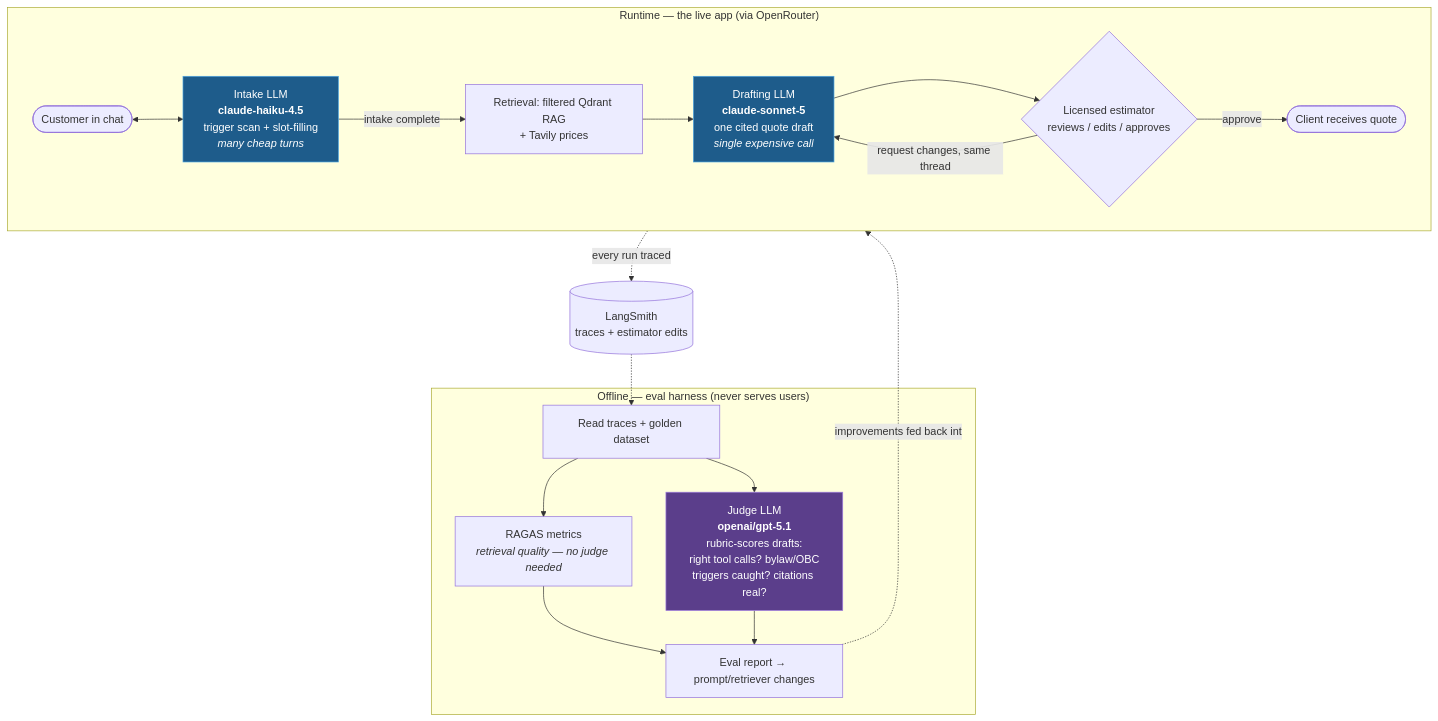
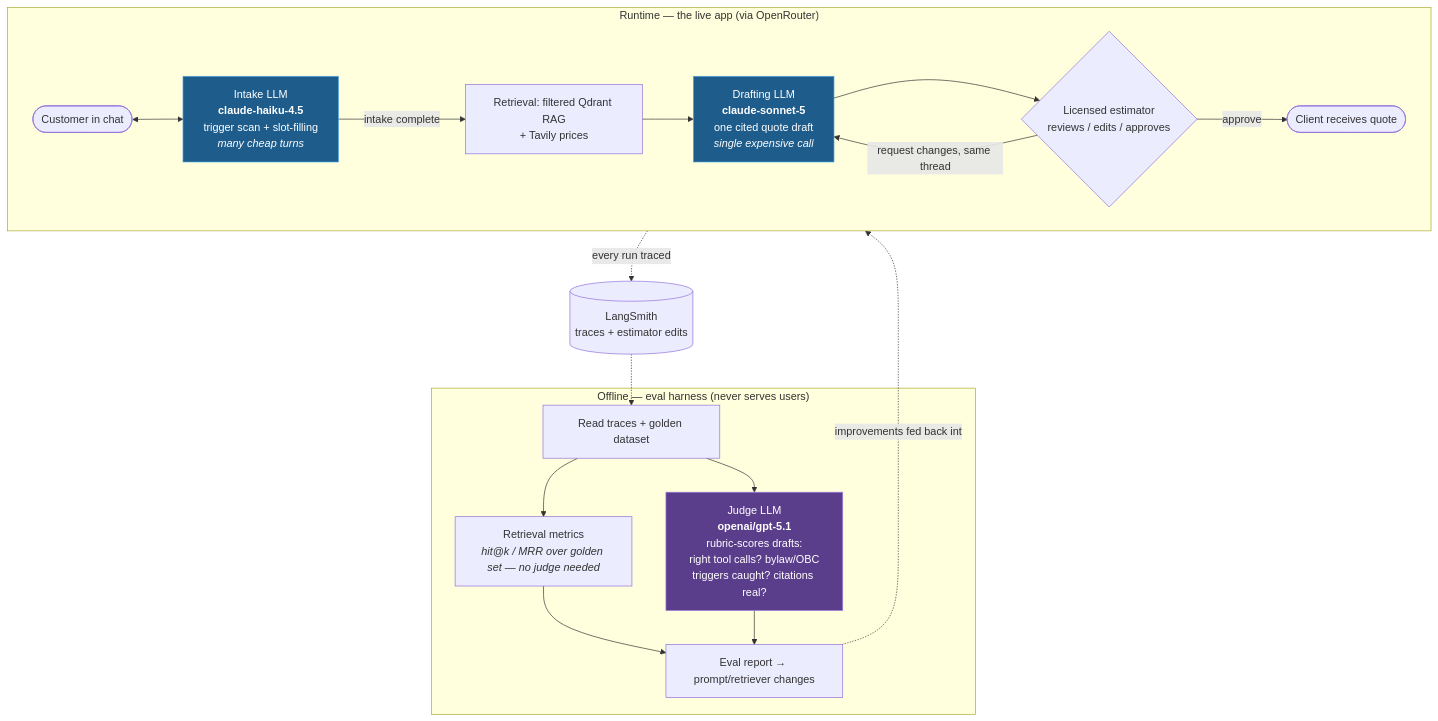
One commit to majeedmo/quotemason-backend changed the third of 4 diagrams in docs/submission.md. Above: the diagram before and after it, drawn with Mermaid. The commit also changed other lines of this file, not shown here.

Commit message:
Task 5 - replaced Ragas references - deferred till capstone

````diff
--- a/docs/submission.md
+++ b/docs/submission.md
@@ -131,28 +131,28 @@
 ```mermaid
 flowchart TD
     subgraph RUNTIME["Runtime — the live app (via OpenRouter)"]
         U([Customer in chat]) <--> INTAKE["Intake LLM<br/><b>claude-haiku-4.5</b><br/>trigger scan + slot-filling<br/><i>many cheap turns</i>"]
         INTAKE -->|intake complete| CTX[Retrieval: filtered Qdrant RAG<br/>+ Tavily prices]
         CTX --> DRAFTER["Drafting LLM<br/><b>claude-sonnet-5</b><br/>one cited quote draft<br/><i>single expensive call</i>"]
         DRAFTER --> EST{Licensed estimator<br/>reviews / edits / approves}
         EST -->|request changes, same thread| DRAFTER
         EST -->|approve| CLIENT([Client receives quote])
     end
 
     RUNTIME -.every run traced.-> LS[("LangSmith<br/>traces + estimator edits")]
 
     subgraph EVAL["Offline — eval harness (never serves users)"]
-        LS2[Read traces + golden dataset] --> RAGAS["RAGAS metrics<br/><i>retrieval quality — no judge needed</i>"]
+        LS2[Read traces + golden dataset] --> METRICS["Retrieval metrics<br/><i>hit@k / MRR over golden set — no judge needed</i>"]
         LS2 --> JUDGE["Judge LLM<br/><b>openai/gpt-5.1</b><br/>rubric-scores drafts:<br/>right tool calls? bylaw/OBC<br/>triggers caught? citations real?"]
-        RAGAS --> REPORT[Eval report → prompt/retriever changes]
+        METRICS --> REPORT[Eval report → prompt/retriever changes]
         JUDGE --> REPORT
     end
 
     LS -.-> LS2
     REPORT -.improvements fed back into.-> RUNTIME
 
     classDef anthropic fill:#1e5c8b,stroke:#4aa3e0,color:#fff
     classDef openai fill:#5b3e8b,stroke:#a07de0,color:#fff
     class INTAKE,DRAFTER anthropic
     class JUDGE openai
 ```
````
